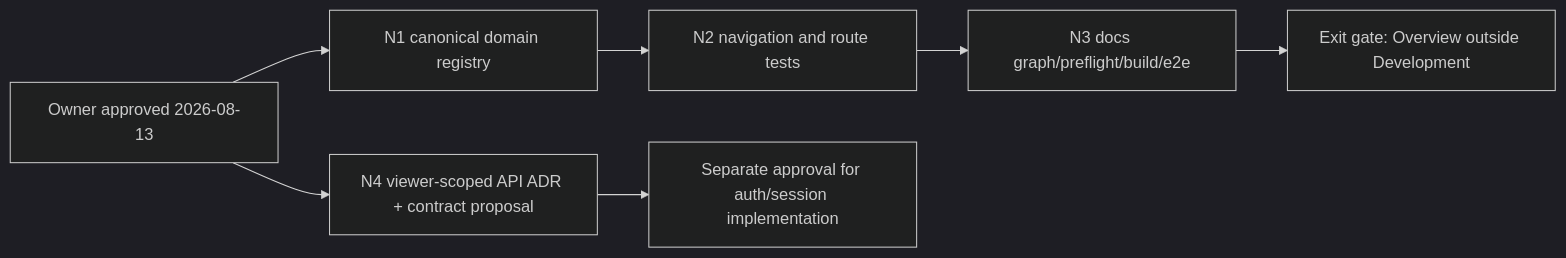
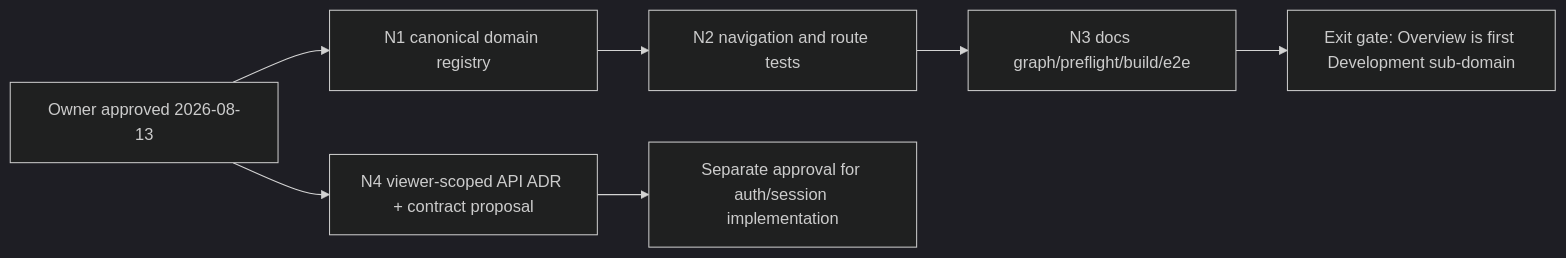
One commit to Freshair129/zuri.ai changed the diagram in docs/roadmap/PLAN-NEXT-BUSINESS-NAVIGATION-AND-VIEWER-CONTRACT.md. Above: the diagram before and after it, drawn with Mermaid (dark theme). The commit also changed other lines of this file and 35 other files, not shown here.

````diff
--- a/docs/roadmap/PLAN-NEXT-BUSINESS-NAVIGATION-AND-VIEWER-CONTRACT.md
+++ b/docs/roadmap/PLAN-NEXT-BUSINESS-NAVIGATION-AND-VIEWER-CONTRACT.md
@@ -47,9 +47,9 @@
 ```mermaid
 flowchart LR
 A[Owner approved 2026-08-13] --> B[N1 canonical domain registry]
   B --> C[N2 navigation and route tests]
   C --> D[N3 docs graph/preflight/build/e2e]
-  D --> E[Exit gate: Overview outside Development]
+ D --> E[Exit gate: Overview is first Development sub-domain]
   A --> F[N4 viewer-scoped API ADR + contract proposal]
   F --> G[Separate approval for auth/session implementation]
 ```
````
